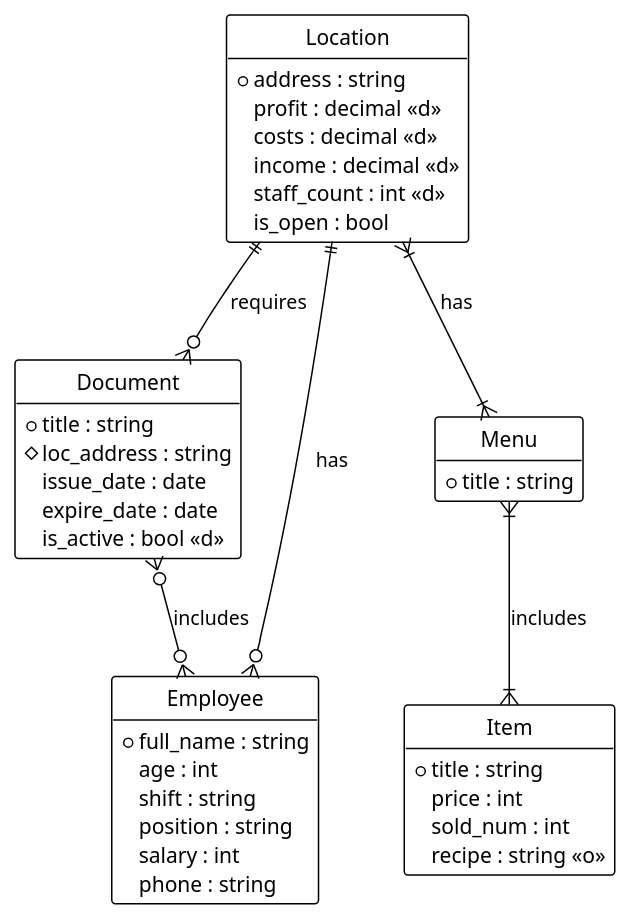
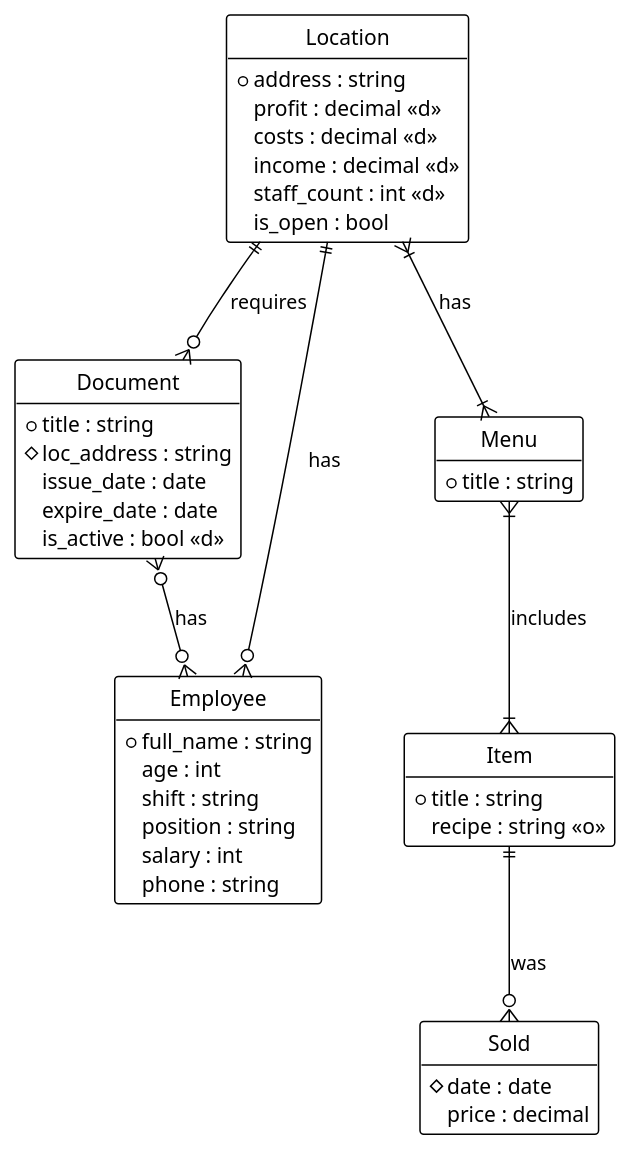
The diagram in lab1/diagrams/crows_foot/er_crowsfoot.puml (MihajloVat/KPI_labs_3_sem), drawn with PlantUML before and after one commit. The commit also changed 6 other files, not shown here.

```diff
--- a/lab1/diagrams/crows_foot/er_crowsfoot.puml
+++ b/lab1/diagrams/crows_foot/er_crowsfoot.puml
@@ -1,49 +1,54 @@
 @startuml
 !theme plain
 hide circle
 hide methods
 
 entity "Location" as loc {
 *address : string
 profit : decimal <<d>>
 costs : decimal <<d>>
 income : decimal <<d>>
 staff_count : int <<d>>
 is_open : bool
 }
 
 entity "Document" as doc {
 *title : string
 #loc_address : string
 issue_date : date
 expire_date : date
 is_active : bool <<d>>
 }
 
 entity "Employee" as emp {
 *full_name : string
 age : int
 shift : string
 position : string
 salary : int
 phone : string
 }
 
 entity "Menu" as menu {
 *title : string
 }
 
 entity "Item" as item {
 *title : string
-price : int
-sold_num : int
 recipe : string <<o>>
 }
+
+entity "Sold" as sold {
+#date : date
+price : decimal
+}
+
 
 loc ||--o{ doc : "requires"
 loc }|--|{ menu : "has"
 loc ||--o{ emp : "has"
 menu }|--|{ item : "includes"
-doc }o--o{ emp : "includes"
+doc }o--o{ emp : "has"
+item ||--o{ sold : "was"
 
 @enduml
```
